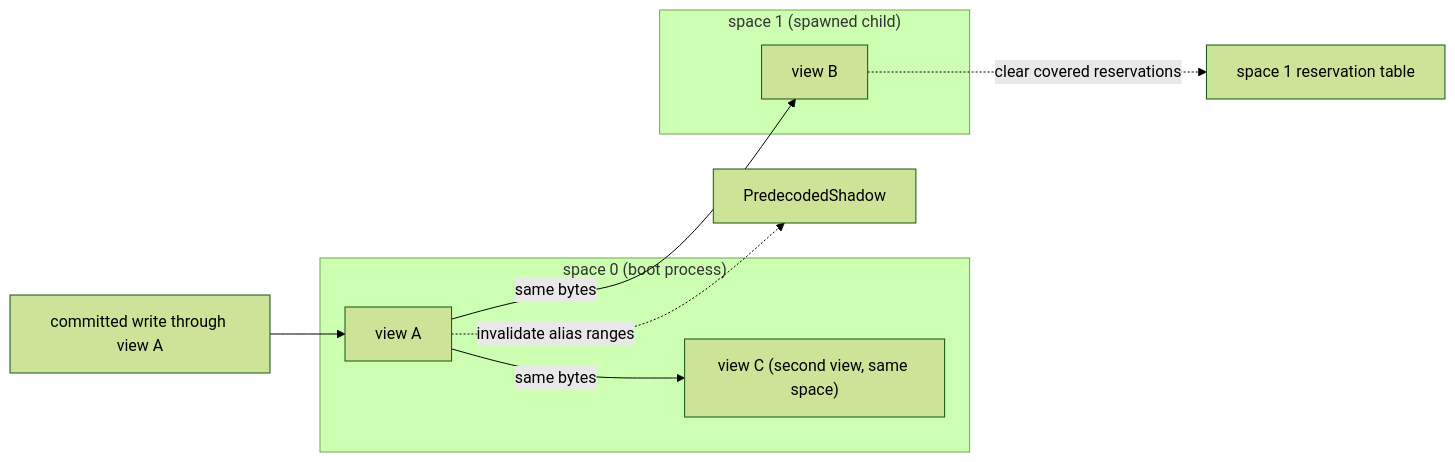
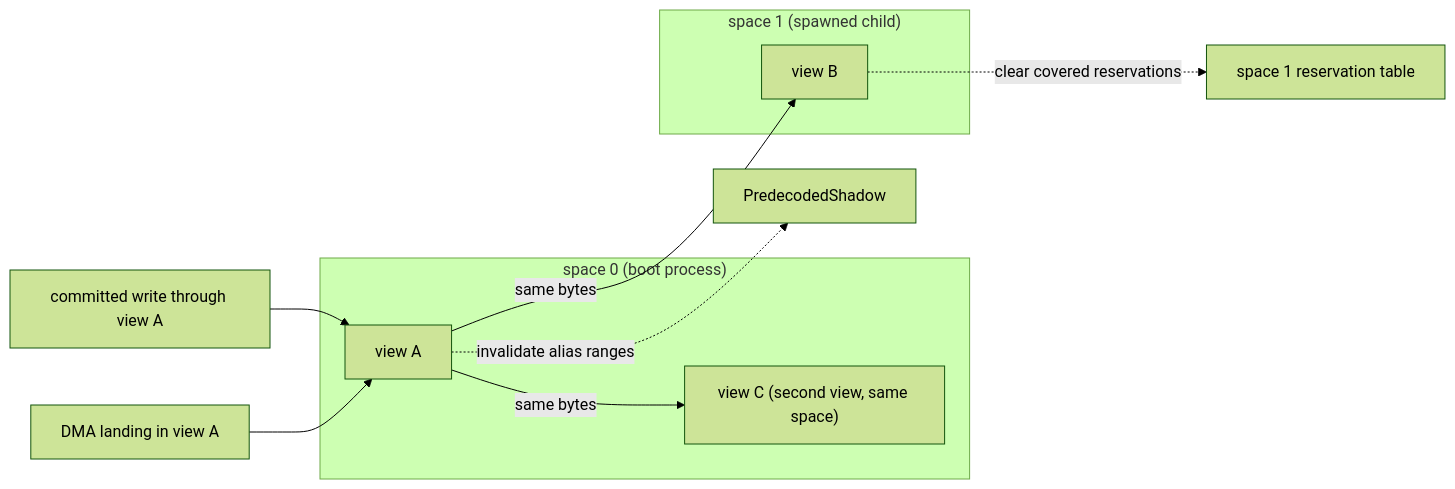
The first of 2 diagrams in docs/architecture/guest_memory.md (RoyalAce22/CellGov), drawn with Mermaid (forest theme) before and after one commit. The commit also changed other lines of this file and 5 other files, not shown here.

Commit message:
fix(core): a DMA landing invalidates predecoded code where its bytes land

````diff
--- a/docs/architecture/guest_memory.md
+++ b/docs/architecture/guest_memory.md
@@ -115,15 +118,16 @@
 ```mermaid
 flowchart LR
   w["committed write through view A"] --> va
   subgraph s0 ["space 0 (boot process)"]
     va["view A"]
     vc["view C (second view, same space)"]
   end
   subgraph s1 ["space 1 (spawned child)"]
     vb["view B"]
   end
   va -->|same bytes| vb
   va -->|same bytes| vc
   vb -.->|clear covered reservations| r1["space 1 reservation table"]
   va -.->|invalidate alias ranges| shadow["PredecodedShadow"]
+  dma["DMA landing in view A"] --> va
 ```
````
